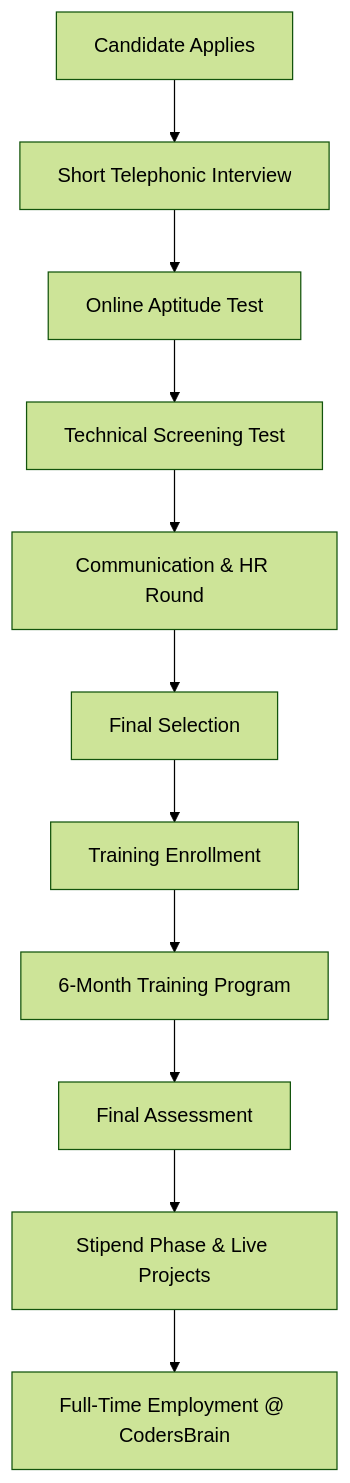
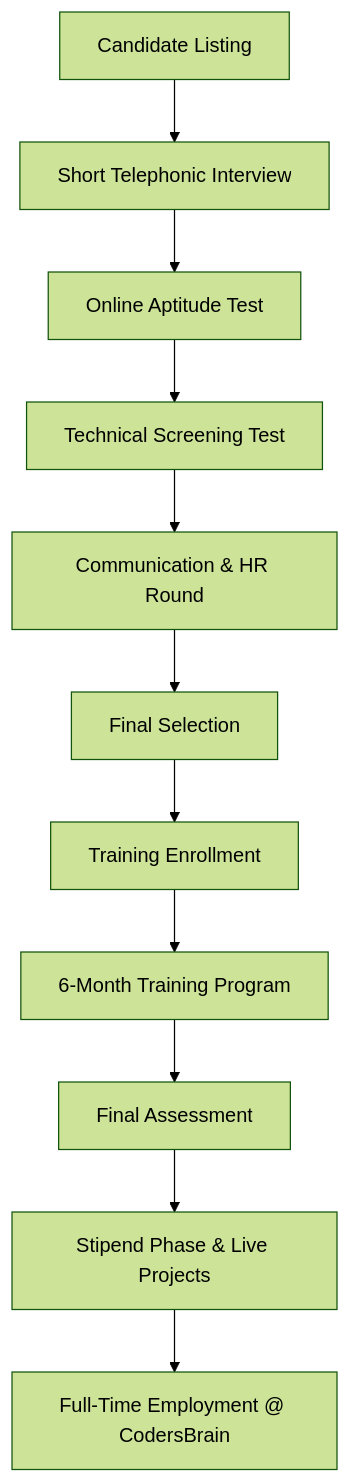
Before and after one commit to rohitgirgiri879/codersbrain: the first of 3 diagrams in hire-to-train.md, drawn with Mermaid (forest theme).

Commit message:
Update candidate flow from 'Applies' to 'Listing'

````diff
--- a/hire-to-train.md
+++ b/hire-to-train.md
@@ -5,13 +5,13 @@
 ```mermaid
 graph TD;
-    A[Candidate Applies] --> A1[Short Telephonic Interview];
+    A[Candidate Listing] --> A1[Short Telephonic Interview];
     A1 --> B[Online Aptitude Test];
     B --> C[Technical Screening Test];
     C --> D[Communication & HR Round];
     D --> E[Final Selection];
     E --> F[Training Enrollment];
     F --> G[6-Month Training Program];
     G --> H[Final Assessment];
     H --> I[Stipend Phase & Live Projects];
     I --> J[Full-Time Employment @ CodersBrain];
 ```
````
